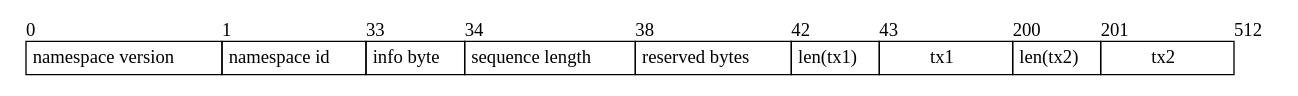
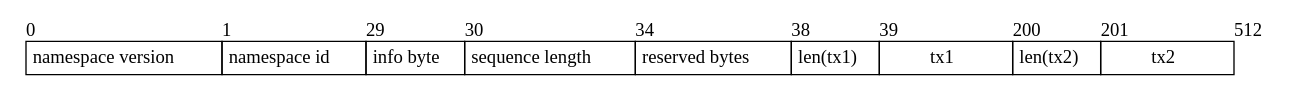
Before and after one commit to celestiaorg/celestia-app: the diagram in specs/src/specs/figures/transaction_share_start.dot, drawn with Graphviz. The commit also changed 7 other files, not shown here.

Commit message:
update diagrams

```diff
--- a/specs/src/specs/figures/transaction_share_start.dot
+++ b/specs/src/specs/figures/transaction_share_start.dot
@@ -1,31 +1,31 @@
 digraph G {
     node [shape = record, penwidth = 0];
 
     share [label=<
     <table border="0" cellborder="1" cellspacing="0">
         <tr>
             <td align="left" border="0" cellpadding="0">0</td>
             <td align="left" border="0" cellpadding="0">1</td>
-            <td align="left" border="0" cellpadding="0">33</td>
+            <td align="left" border="0" cellpadding="0">29</td>
+            <td align="left" border="0" cellpadding="0">30</td>
             <td align="left" border="0" cellpadding="0">34</td>
             <td align="left" border="0" cellpadding="0">38</td>
-            <td align="left" border="0" cellpadding="0">42</td>
-            <td align="left" border="0" cellpadding="0">43</td>
+            <td align="left" border="0" cellpadding="0">39</td>
             <td align="left" border="0" cellpadding="0">200</td>
             <td align="left" border="0" cellpadding="0">201</td>
             <td align="left" border="0" cellpadding="0">512</td>
         </tr>
         <tr>
             <td width="8" cellpadding="4">namespace version</td>
             <td width="8" cellpadding="4">namespace id</td>
             <td width="1" cellpadding="4">info byte</td>
             <td width="4" cellpadding="4">sequence length</td>
             <td width="4" cellpadding="4">reserved bytes</td>
             <td width="2" cellpadding="4">len(tx1)</td>
             <td width="100" cellpadding="4">tx1</td>
             <td width="2" cellpadding="4">len(tx2)</td>
             <td width="100" cellpadding="4">tx2</td>
         </tr>
     </table>
     >];
 }
```
